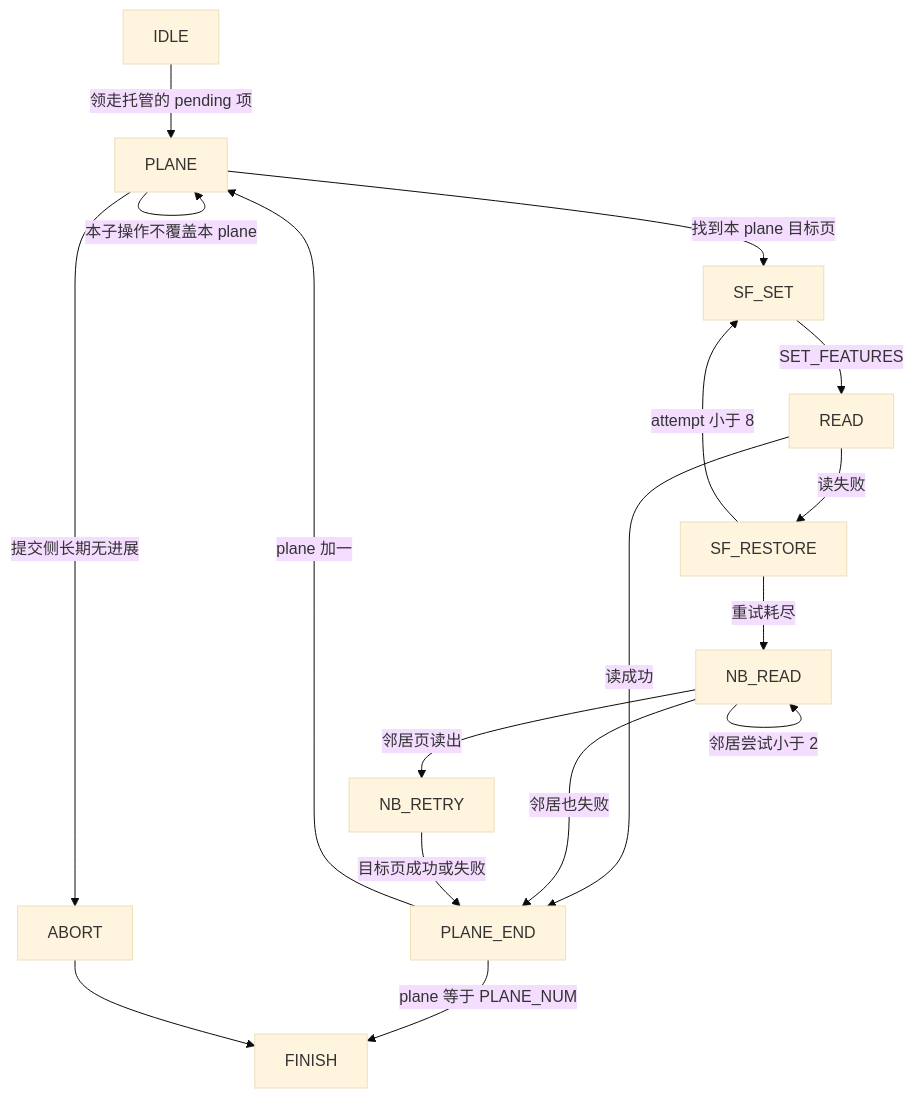
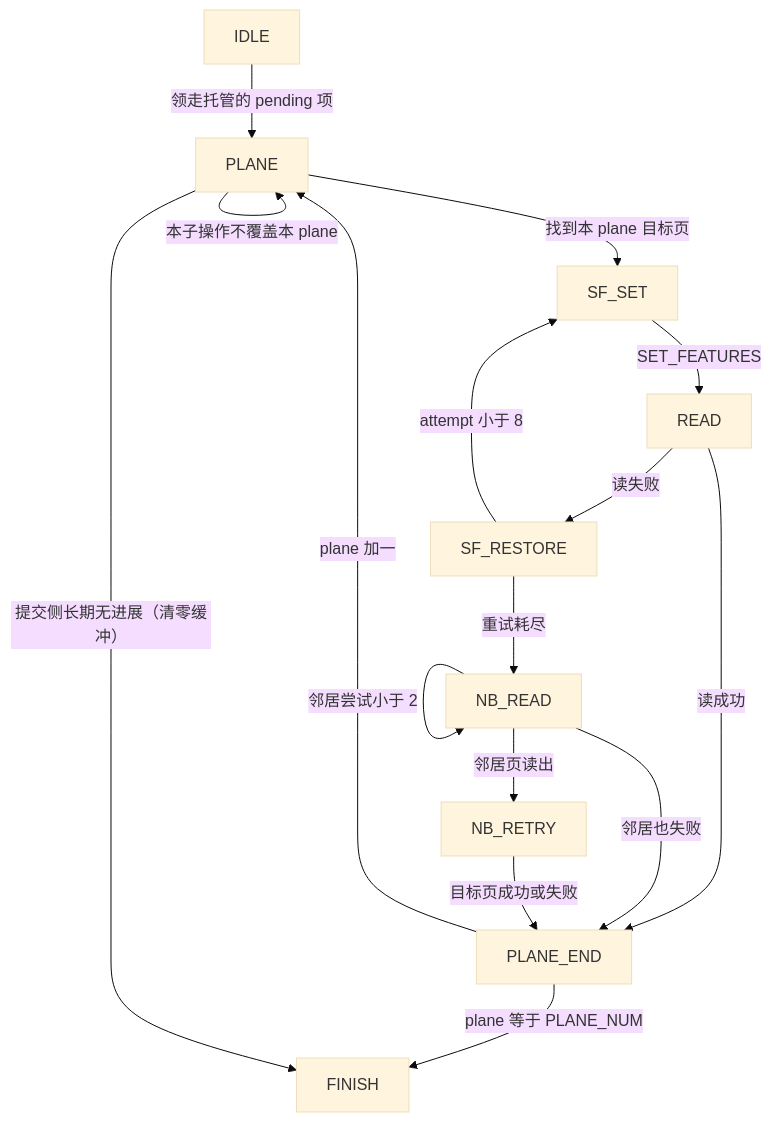
Before and after one commit to YzYMIAO/BASESSD: diagram 22 of 32 in docs/design/ftl_design.md, drawn with Mermaid (base theme). The commit also changed other lines of this file and 7 other files, not shown here.

````diff
--- a/docs/design/ftl_design.md
+++ b/docs/design/ftl_design.md
@@ -3166,29 +3166,27 @@
 ```mermaid
 flowchart TD
     IDLE["IDLE"]
     PLANE["PLANE"]
     SFSET["SF_SET"]
     READ["READ"]
     SFREST["SF_RESTORE"]
     NBREAD["NB_READ"]
     NBRETRY["NB_RETRY"]
     PLANEEND["PLANE_END"]
     FINISH["FINISH"]
-    ABORT["ABORT"]
     IDLE -- "领走托管的 pending 项" --> PLANE
     PLANE -- "找到本 plane 目标页" --> SFSET
     PLANE -- "本子操作不覆盖本 plane" --> PLANE
     SFSET -- "SET_FEATURES" --> READ
     READ -- "读成功" --> PLANEEND
     READ -- "读失败" --> SFREST
     SFREST -- "attempt 小于 8" --> SFSET
     SFREST -- "重试耗尽" --> NBREAD
     NBREAD -- "邻居页读出" --> NBRETRY
     NBREAD -- "邻居尝试小于 2" --> NBREAD
     NBREAD -- "邻居也失败" --> PLANEEND
     NBRETRY -- "目标页成功或失败" --> PLANEEND
     PLANEEND -- "plane 加一" --> PLANE
     PLANEEND -- "plane 等于 PLANE_NUM" --> FINISH
-    PLANE -- "提交侧长期无进展" --> ABORT
-    ABORT --> FINISH
+    PLANE -- "提交侧长期无进展（清零缓冲）" --> FINISH
 ```
````
